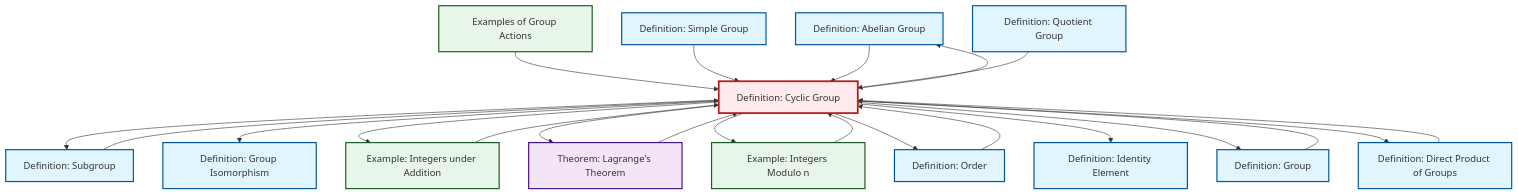
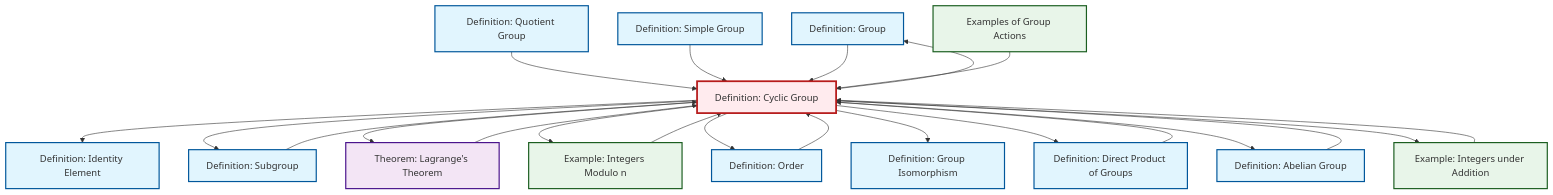
Before and after one commit to RK0429/ModernMath: the diagram in content/en/algebra/def-cyclic-group.qmd, drawn with Mermaid. The commit also changed other lines of this file and 634 other files, not shown here.

````diff
--- a/content/en/algebra/def-cyclic-group.qmd
+++ b/content/en/algebra/def-cyclic-group.qmd
@@ -101,58 +101,58 @@
 ```{mermaid}
 %%| fig-cap: "Local dependency graph"
 graph TD
     classDef definition fill:#e1f5fe,stroke:#01579b,stroke-width:2px
     classDef theorem fill:#f3e5f5,stroke:#4a148c,stroke-width:2px
     classDef axiom fill:#fff3e0,stroke:#e65100,stroke-width:2px
     classDef example fill:#e8f5e9,stroke:#1b5e20,stroke-width:2px
     classDef current fill:#ffebee,stroke:#b71c1c,stroke-width:3px
+    def-group["Definition: Group"]:::definition
     def-abelian-group["Definition: Abelian Group"]:::definition
-    ex-integers-addition["Example: Integers under Addition"]:::example
     thm-lagrange["Theorem: Lagrange's Theorem"]:::theorem
-    def-group["Definition: Group"]:::definition
-    def-cyclic-group["Definition: Cyclic Group"]:::definition
     def-simple-group["Definition: Simple Group"]:::definition
     def-subgroup["Definition: Subgroup"]:::definition
+    def-cyclic-group["Definition: Cyclic Group"]:::definition
     def-quotient-group["Definition: Quotient Group"]:::definition
     def-isomorphism["Definition: Group Isomorphism"]:::definition
+    def-direct-product["Definition: Direct Product of Groups"]:::definition
+    def-order["Definition: Order"]:::definition
     ex-quotient-integers-mod-n["Example: Integers Modulo n"]:::example
-    def-order["Definition: Order"]:::definition
+    def-identity-element["Definition: Identity Element"]:::definition
     ex-group-action-examples["Examples of Group Actions"]:::example
-    def-identity-element["Definition: Identity Element"]:::definition
-    def-direct-product["Definition: Direct Product of Groups"]:::definition
+    ex-integers-addition["Example: Integers under Addition"]:::example
+    def-cyclic-group --> def-identity-element
+    def-quotient-group --> def-cyclic-group
     def-cyclic-group --> def-subgroup
-    def-group --> def-cyclic-group
+    def-cyclic-group --> thm-lagrange
+    def-cyclic-group --> def-group
+    def-cyclic-group --> ex-quotient-integers-mod-n
+    ex-integers-addition --> def-cyclic-group
+    ex-quotient-integers-mod-n --> def-cyclic-group
+    def-cyclic-group --> def-order
+    def-direct-product --> def-cyclic-group
     def-cyclic-group --> def-isomorphism
-    ex-group-action-examples --> def-cyclic-group
-    thm-lagrange --> def-cyclic-group
-    def-subgroup --> def-cyclic-group
-    def-cyclic-group --> ex-integers-addition
-    def-order --> def-cyclic-group
-    def-cyclic-group --> def-abelian-group
-    def-direct-product --> def-cyclic-group
-    def-cyclic-group --> thm-lagrange
-    ex-integers-addition --> def-cyclic-group
-    def-cyclic-group --> ex-quotient-integers-mod-n
-    def-cyclic-group --> def-order
-    def-cyclic-group --> def-identity-element
     def-simple-group --> def-cyclic-group
     def-abelian-group --> def-cyclic-group
-    def-cyclic-group --> def-group
-    ex-quotient-integers-mod-n --> def-cyclic-group
-    def-quotient-group --> def-cyclic-group
+    def-order --> def-cyclic-group
     def-cyclic-group --> def-direct-product
+    def-subgroup --> def-cyclic-group
+    def-cyclic-group --> def-abelian-group
+    thm-lagrange --> def-cyclic-group
+    def-cyclic-group --> ex-integers-addition
+    def-group --> def-cyclic-group
+    ex-group-action-examples --> def-cyclic-group
     class def-cyclic-group current
+    click def-group "def-group.html" "Go to Group definition"
     click def-abelian-group "def-abelian-group.html" "Go to Abelian Group definition"
-    click ex-integers-addition "ex-integers-addition.html" "Go to Integers under Addition example"
     click thm-lagrange "thm-lagrange.html" "Go to Lagrange's Theorem theorem"
-    click def-group "def-group.html" "Go to Group definition"
     click def-simple-group "def-simple-group.html" "Go to Simple Group definition"
     click def-subgroup "def-subgroup.html" "Go to Subgroup definition"
     click def-quotient-group "def-quotient-group.html" "Go to Quotient Group definition"
     click def-isomorphism "def-isomorphism.html" "Go to Group Isomorphism definition"
+    click def-direct-product "def-direct-product.html" "Go to Direct Product of Groups definition"
+    click def-order "def-order.html" "Go to Order definition"
     click ex-quotient-integers-mod-n "ex-quotient-integers-mod-n.html" "Go to Integers Modulo n example"
-    click def-order "def-order.html" "Go to Order definition"
+    click def-identity-element "def-identity-element.html" "Go to Identity Element definition"
     click ex-group-action-examples "ex-group-action-examples.html" "Go to Examples of Group Actions"
-    click def-identity-element "def-identity-element.html" "Go to Identity Element definition"
-    click def-direct-product "def-direct-product.html" "Go to Direct Product of Groups definition"
+    click ex-integers-addition "ex-integers-addition.html" "Go to Integers under Addition example"
 ```
````
